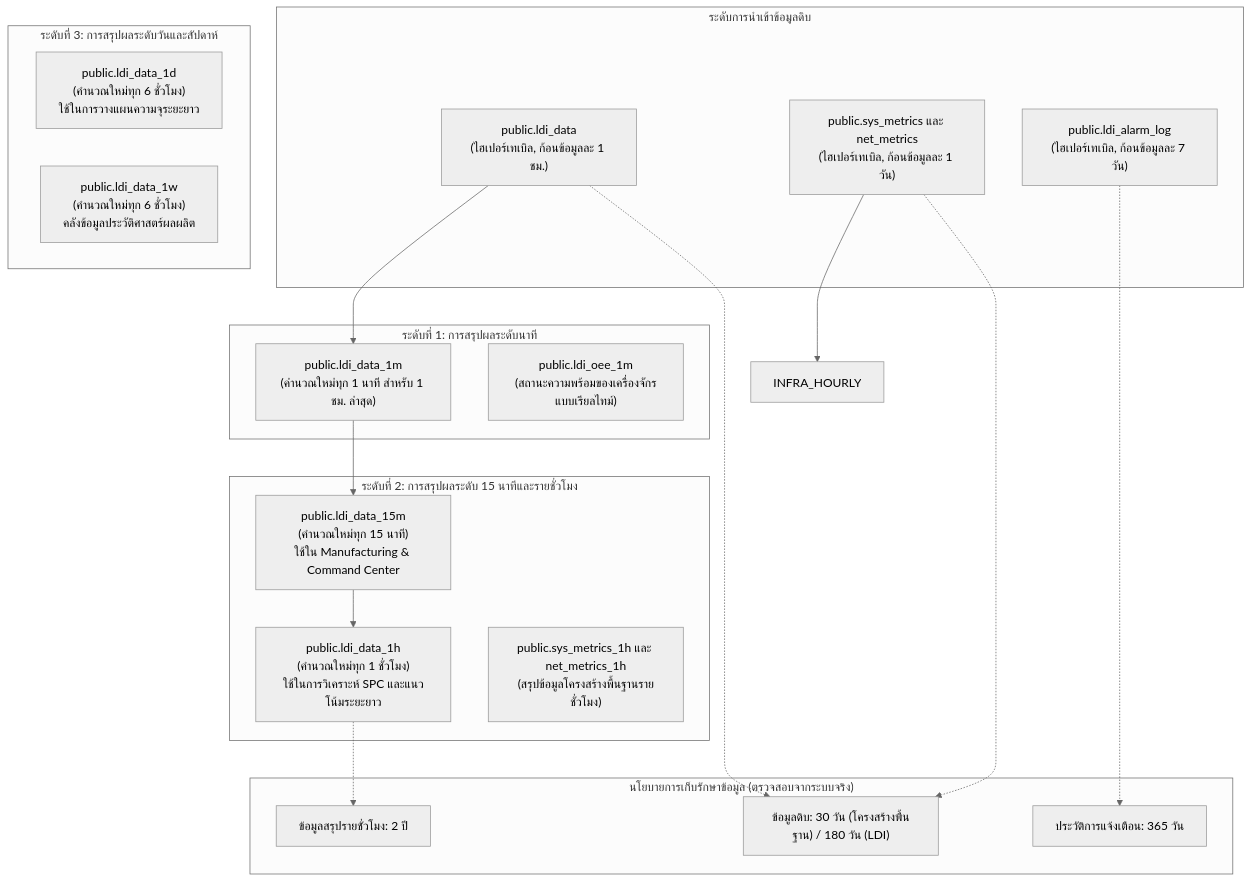
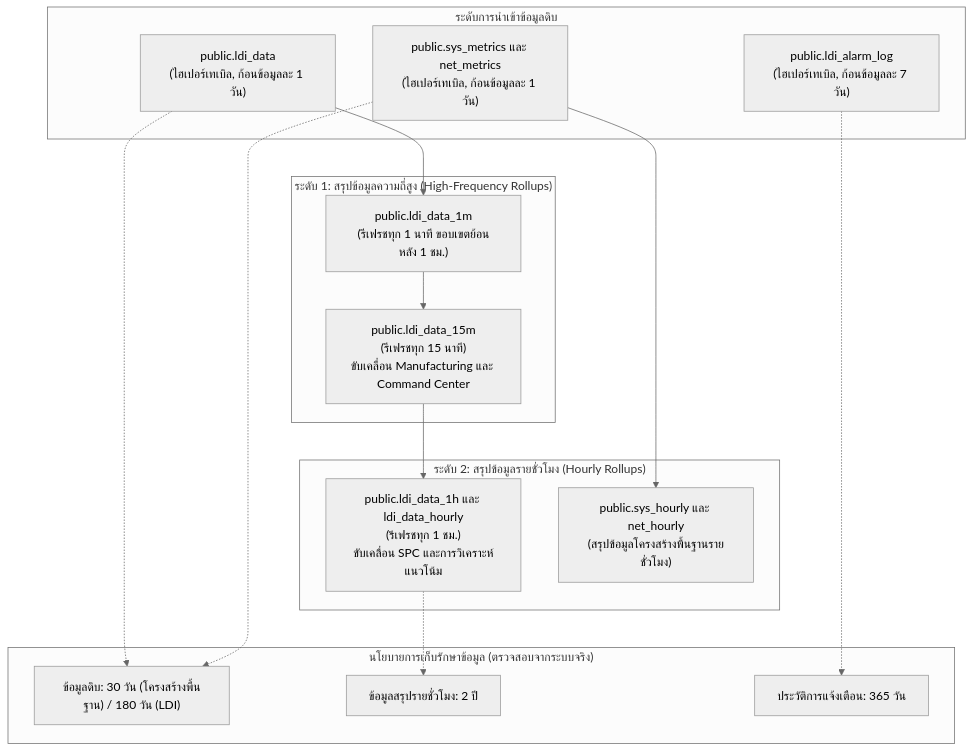
Before and after one commit to PATTANAKORN025/IMS: the seventh of 8 diagrams in th/docs/architecture/ARCHITECTURE_DIAGRAM.md, drawn with Mermaid (neutral theme). The commit also changed other lines of this file and 50 other files, not shown here.

First line of the commit message:
docs: align architecture facts, topologies, and tri-language mirrors

````diff
--- a/th/docs/architecture/ARCHITECTURE_DIAGRAM.md
+++ b/th/docs/architecture/ARCHITECTURE_DIAGRAM.md
@@ -312,38 +313,32 @@
 ```mermaid
 flowchart TD
   subgraph Ingestion ["ระดับการนำเข้าข้อมูลดิบ"]
-    RAW_LDI["public.ldi_data\n(ไฮเปอร์เทเบิล, ก้อนข้อมูลละ 1 ชม.)"]
+    RAW_LDI["public.ldi_data\n(ไฮเปอร์เทเบิล, ก้อนข้อมูลละ 1 วัน)"]
     RAW_INFRA["public.sys_metrics และ net_metrics\n(ไฮเปอร์เทเบิล, ก้อนข้อมูลละ 1 วัน)"]
     RAW_ALARM["public.ldi_alarm_log\n(ไฮเปอร์เทเบิล, ก้อนข้อมูลละ 7 วัน)"]
   end
 
-  subgraph CAGG_Tier1 ["ระดับที่ 1: การสรุปผลระดับนาที"]
-    CAGG_1M["public.ldi_data_1m\n(คำนวณใหม่ทุก 1 นาที สำหรับ 1 ชม. ล่าสุด)"]
-    CAGG_OEE_1M["public.ldi_oee_1m\n(สถานะความพร้อมของเครื่องจักรแบบเรียลไทม์)"]
+  subgraph CAGG_Tier1 ["ระดับ 1: สรุปข้อมูลความถี่สูง (High-Frequency Rollups)"]
+    CAGG_1M["public.ldi_data_1m\n(รีเฟรชทุก 1 นาที ขอบเขตย้อนหลัง 1 ชม.)"]
+    CAGG_15M["public.ldi_data_15m\n(รีเฟรชทุก 15 นาที)\nขับเคลื่อน Manufacturing และ Command Center"]
   end
 
-  subgraph CAGG_Tier2 ["ระดับที่ 2: การสรุปผลระดับ 15 นาทีและรายชั่วโมง"]
-    CAGG_15M["public.ldi_data_15m\n(คำนวณใหม่ทุก 15 นาที)\nใช้ใน Manufacturing & Command Center"]
-    CAGG_1H["public.ldi_data_1h\n(คำนวณใหม่ทุก 1 ชั่วโมง)\nใช้ในการวิเคราะห์ SPC และแนวโน้มระยะยาว"]
-    INFRA_1H["public.sys_metrics_1h และ net_metrics_1h\n(สรุปข้อมูลโครงสร้างพื้นฐานรายชั่วโมง)"]
-  end
-
-  subgraph CAGG_Tier3 ["ระดับที่ 3: การสรุปผลระดับวันและสัปดาห์"]
-    CAGG_1D["public.ldi_data_1d\n(คำนวณใหม่ทุก 6 ชั่วโมง)\nใช้ในการวางแผนความจุระยะยาว"]
-    CAGG_1W["public.ldi_data_1w\n(คำนวณใหม่ทุก 6 ชั่วโมง)\nคลังข้อมูลประวัติศาสตร์ผลผลิต"]
+  subgraph CAGG_Tier2 ["ระดับ 2: สรุปข้อมูลรายชั่วโมง (Hourly Rollups)"]
+    CAGG_1H["public.ldi_data_1h และ ldi_data_hourly\n(รีเฟรชทุก 1 ชม.)\nขับเคลื่อน SPC และการวิเคราะห์แนวโน้ม"]
+    INFRA_HOURLY["public.sys_hourly และ net_hourly\n(สรุปข้อมูลโครงสร้างพื้นฐานรายชั่วโมง)"]
   end
 
   subgraph Retention ["นโยบายการเก็บรักษาข้อมูล (ตรวจสอบจากระบบจริง)"]
     RET_RAW["ข้อมูลดิบ: 30 วัน (โครงสร้างพื้นฐาน) / 180 วัน (LDI)"]
     RET_HOURLY["ข้อมูลสรุปรายชั่วโมง: 2 ปี"]
     RET_ALARM["ประวัติการแจ้งเตือน: 365 วัน"]
   end
 
   RAW_LDI --> CAGG_1M --> CAGG_15M --> CAGG_1H
   RAW_INFRA --> INFRA_HOURLY
 
   RAW_LDI -.-> RET_RAW
   RAW_INFRA -.-> RET_RAW
   RAW_ALARM -.-> RET_ALARM
   CAGG_1H -.-> RET_HOURLY
 ```
````
